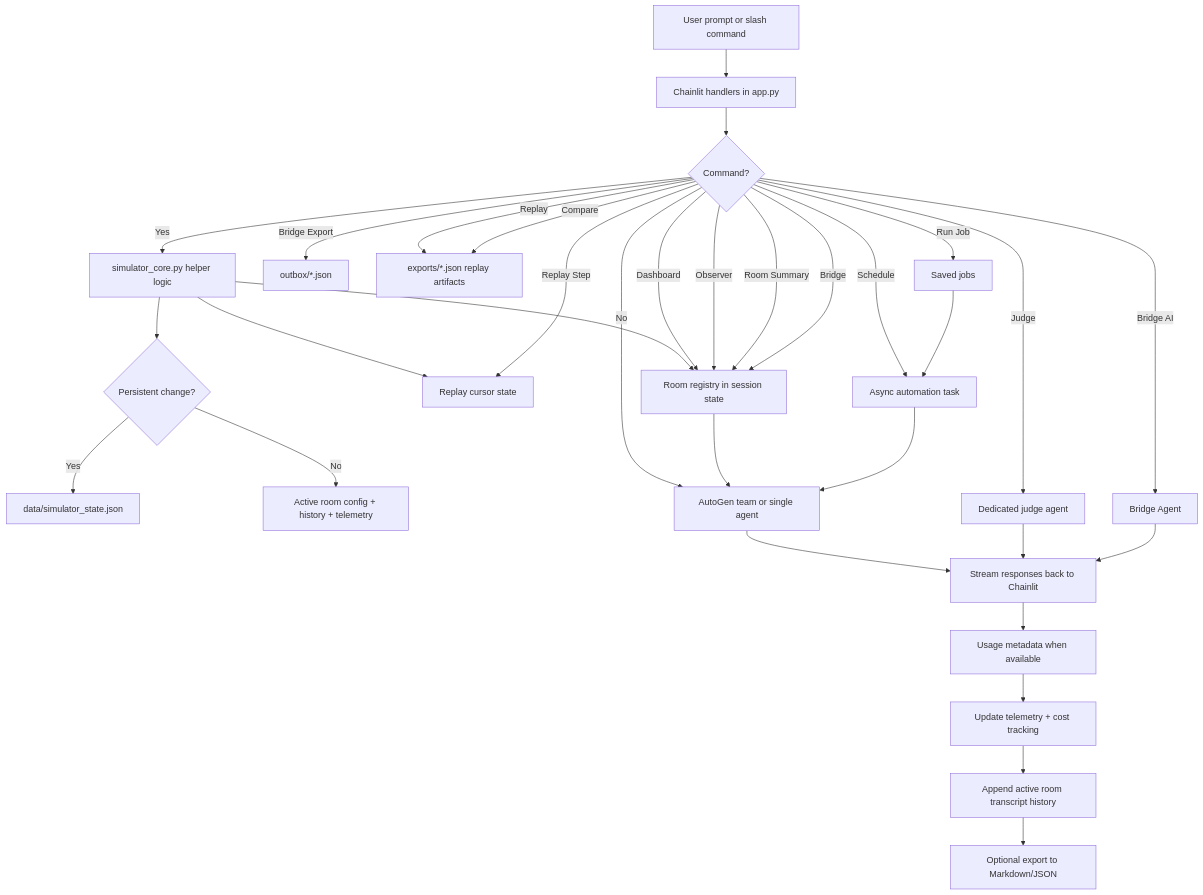
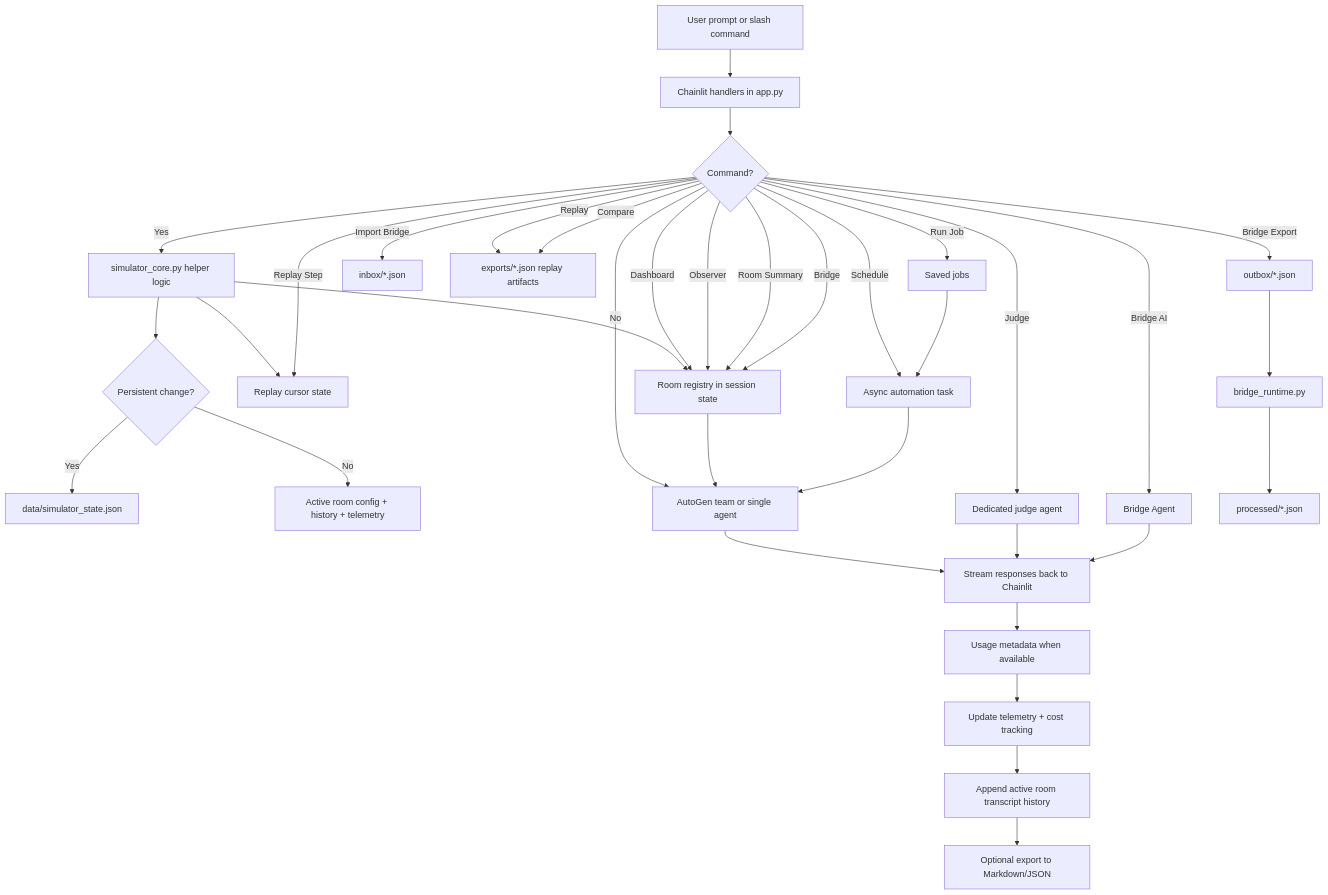
One commit to robertpelloni/agentirc changed the diagram in docs/ai/design/simulator-operations.md. Above: the diagram before and after it, drawn with Mermaid. The commit also changed other lines of this file and 12 other files, not shown here.

Commit message:
feat: add bridge runtime scaffold and inbox flow

````diff
--- a/docs/ai/design/simulator-operations.md
+++ b/docs/ai/design/simulator-operations.md
@@ -82,34 +85,37 @@
 ```mermaid
 flowchart TD
     User[User prompt or slash command] --> CL[Chainlit handlers in app.py]
     CL --> Cmd{Command?}
     Cmd -- Yes --> Core[simulator_core.py helper logic]
     Core --> Rooms[Room registry in session state]
     Core --> ReplayState[Replay cursor state]
     Core --> Persist{Persistent change?}
     Persist -- Yes --> State[data/simulator_state.json]
     Persist -- No --> Session[Active room config + history + telemetry]
     Cmd -- Dashboard --> Rooms
     Cmd -- Observer --> Rooms
     Cmd -- Room Summary --> Rooms
     Cmd -- Bridge --> Rooms
     Cmd -- Bridge AI --> BridgeAgent[Bridge Agent]
     Cmd -- Bridge Export --> Outbox[outbox/*.json]
+    Cmd -- Import Bridge --> Inbox[inbox/*.json]
     Cmd -- Replay --> Exports[exports/*.json replay artifacts]
     Cmd -- Replay Step --> ReplayState
     Cmd -- Compare --> Exports
     Cmd -- Schedule --> Task[Async automation task]
     Cmd -- Run Job --> Jobs[Saved jobs]
     Cmd -- Judge --> Judge[Dedicated judge agent]
     Cmd -- No --> Team[AutoGen team or single agent]
+    Outbox --> Runtime[bridge_runtime.py]
+    Runtime --> Processed[processed/*.json]
     Rooms --> Team
     Jobs --> Task
     Task --> Team
     Team --> Stream[Stream responses back to Chainlit]
     Judge --> Stream
     BridgeAgent --> Stream
     Stream --> Usage[Usage metadata when available]
     Usage --> Telemetry[Update telemetry + cost tracking]
     Telemetry --> History[Append active room transcript history]
     History --> Export[Optional export to Markdown/JSON]
 ```
````
